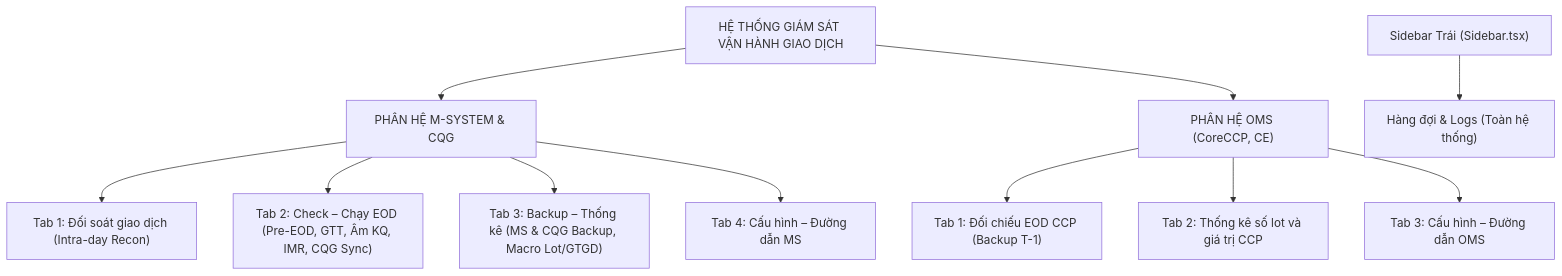
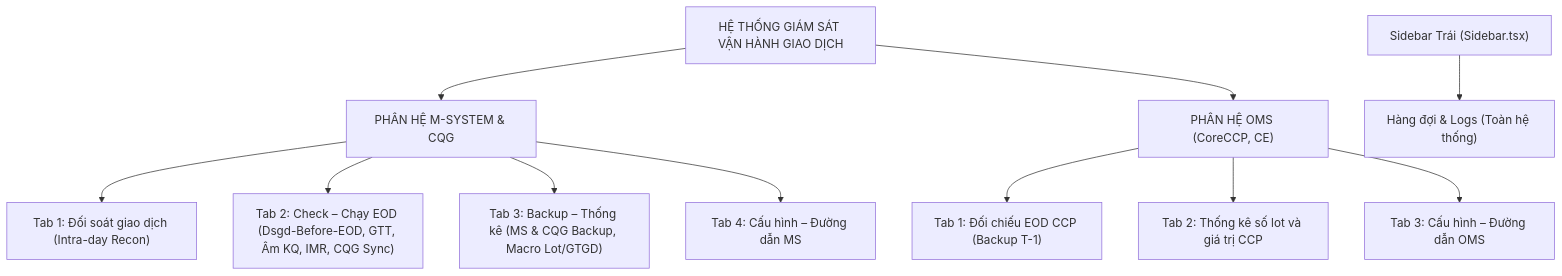
Before and after one commit to broly1009a/mxv-shift-checklist: the first of 2 diagrams in TAI_LIEU_THIET_KE_UX_UI_TRADING_MANAGER_LE_DANG_BINH_MINH.md, drawn with Mermaid. The commit also changed other lines of this file and 165 other files, not shown here.

````diff
--- a/TAI_LIEU_THIET_KE_UX_UI_TRADING_MANAGER_LE_DANG_BINH_MINH.md
+++ b/TAI_LIEU_THIET_KE_UX_UI_TRADING_MANAGER_LE_DANG_BINH_MINH.md
@@ -19,16 +19,16 @@
 ```mermaid
 graph TD
   A["HỆ THỐNG GIÁM SÁT VẬN HÀNH GIAO DỊCH"] --> B["PHÂN HỆ M-SYSTEM & CQG"]
   A --> C["PHÂN HỆ OMS (CoreCCP, CE)"]
 
   B --> B1["Tab 1: Đối soát giao dịch (Intra-day Recon)"]
-  B --> B2["Tab 2: Check – Chạy EOD (Pre-EOD, GTT, Âm KQ, IMR, CQG Sync)"]
+  B --> B2["Tab 2: Check – Chạy EOD (Dsgd-Before-EOD, GTT, Âm KQ, IMR, CQG Sync)"]
   B --> B3["Tab 3: Backup – Thống kê (MS & CQG Backup, Macro Lot/GTGD)"]
   B --> B4["Tab 4: Cấu hình – Đường dẫn MS"]
 
   C --> C1["Tab 1: Đối chiếu EOD CCP (Backup T-1)"]
   C --> C2["Tab 2: Thống kê số lot và giá trị CCP"]
   C --> C3["Tab 3: Cấu hình – Đường dẫn OMS"]
 
   D["Sidebar Trái (Sidebar.tsx)"] --> D1["Hàng đợi & Logs (Toàn hệ thống)"]
 ```
````
